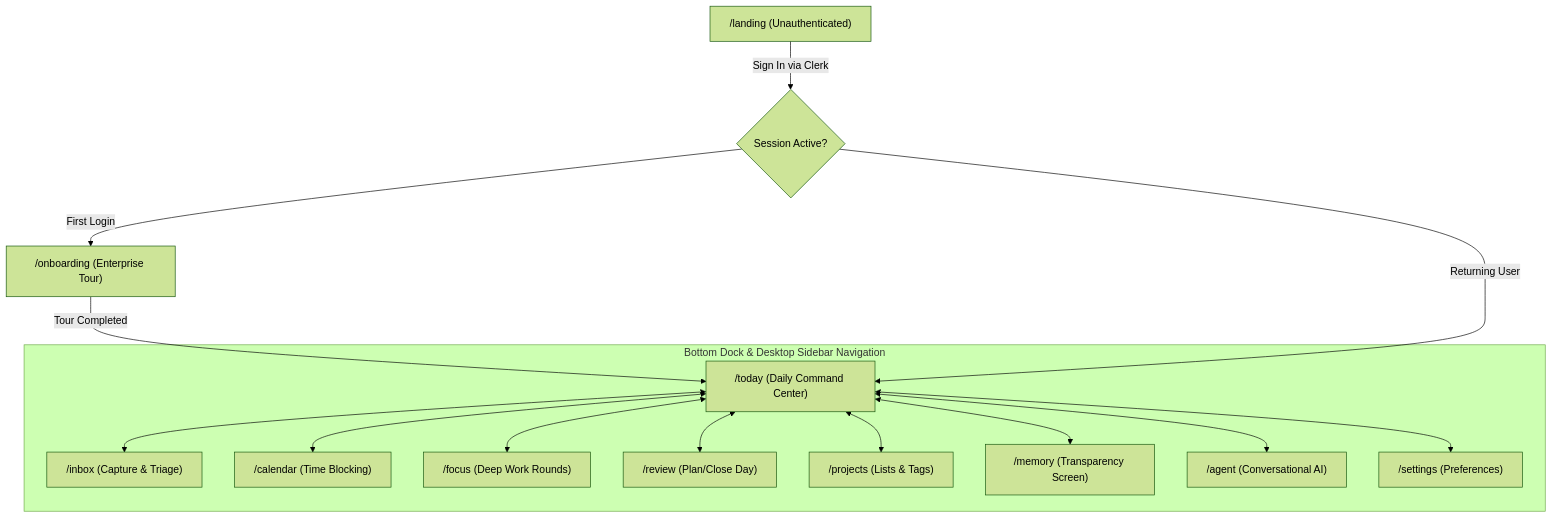
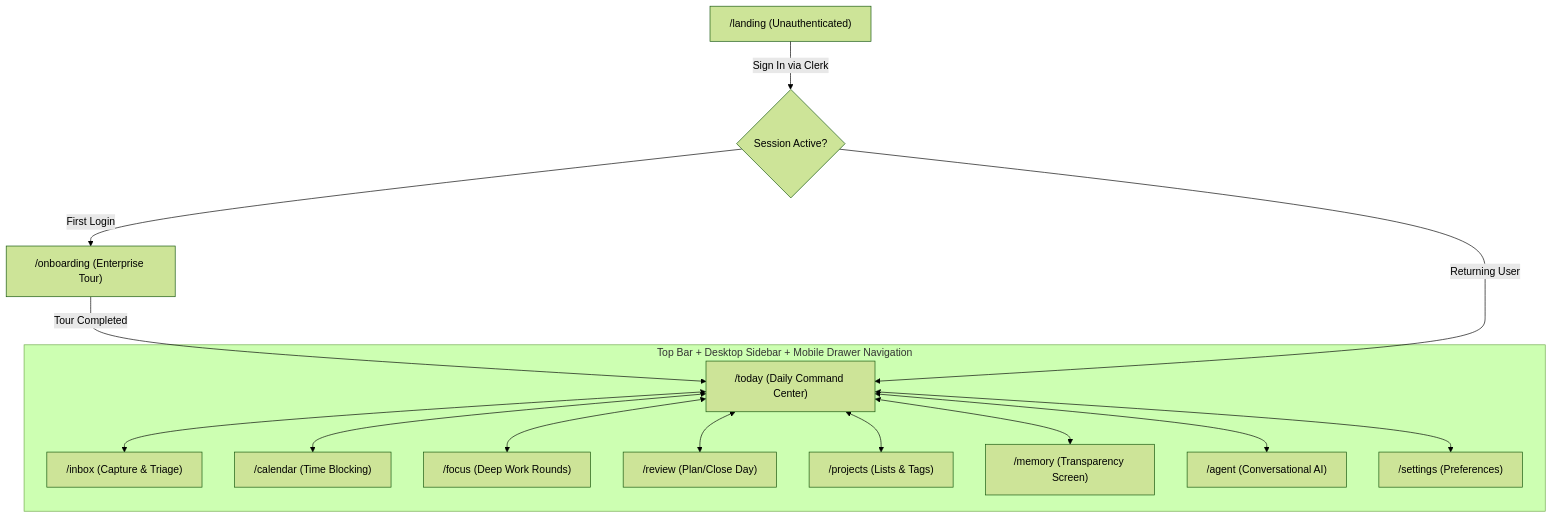
The second of 3 diagrams in spec/system-requirements.md (Driftloom/TaskOS), drawn with Mermaid (forest theme) before and after one commit. The commit also changed 7 other files, not shown here.

First line of the commit message:
feat(nav): replace mobile bottom dock with a navigation drawer

````diff
--- a/spec/system-requirements.md
+++ b/spec/system-requirements.md
@@ -112,29 +112,29 @@
 ```mermaid
 flowchart TD
     Landing["/landing (Unauthenticated)"] -->|"Sign In via Clerk"| AppRouter{"Session Active?"}
     
     AppRouter -->|"First Login"| Onboarding["/onboarding (Enterprise Tour)"]
     Onboarding -->|"Tour Completed"| Today["/today (Daily Command Center)"]
     AppRouter -->|"Returning User"| Today
     
-    subgraph NavigationDock ["Bottom Dock & Desktop Sidebar Navigation"]
+    subgraph NavigationDock ["Top Bar + Desktop Sidebar + Mobile Drawer Navigation"]
         Today
         Inbox["/inbox (Capture & Triage)"]
         Calendar["/calendar (Time Blocking)"]
         Focus["/focus (Deep Work Rounds)"]
         Review["/review (Plan/Close Day)"]
         Projects["/projects (Lists & Tags)"]
         Memory["/memory (Transparency Screen)"]
         Agent["/agent (Conversational AI)"]
         Settings["/settings (Preferences)"]
     end
 
     Today <--> Inbox
     Today <--> Calendar
     Today <--> Focus
     Today <--> Review
     Today <--> Projects
     Today <--> Memory
     Today <--> Agent
     Today <--> Settings
 ```
````
